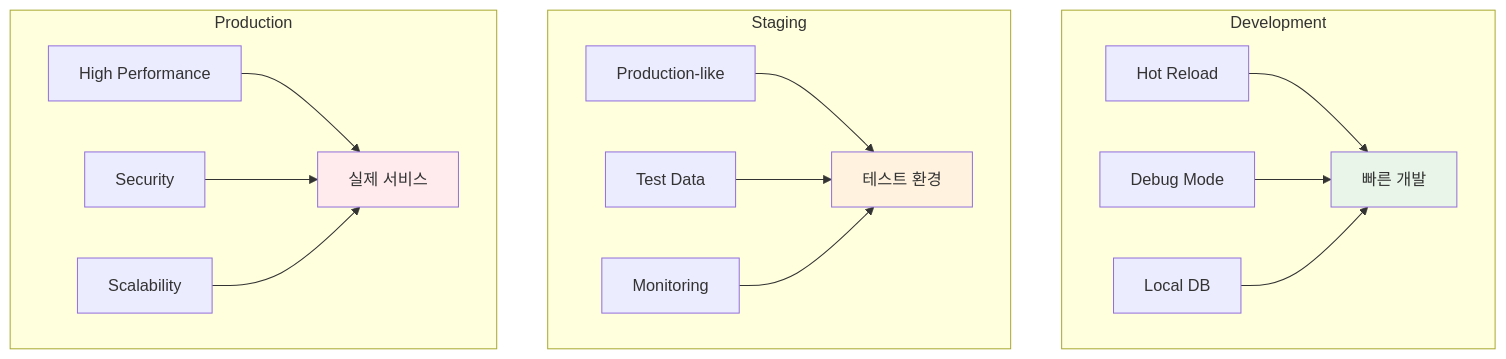
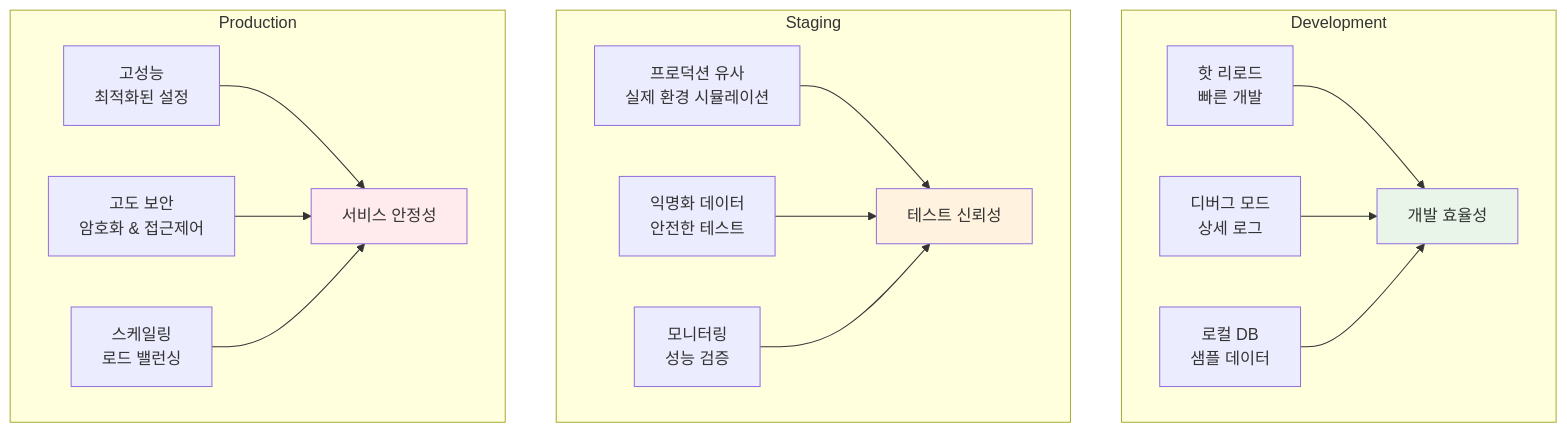
Before and after one commit to niceguy61/kdt_devops_lecture_2025: the second of 2 diagrams in theory/week_01/day4/session_3.md, drawn with Mermaid. The commit also changed other lines of this file and 2 other files, not shown here.

````diff
--- a/theory/week_01/day4/session_3.md
+++ b/theory/week_01/day4/session_3.md
@@ -48,24 +86,24 @@
 ```mermaid
 graph TB
     subgraph "Development"
-        A1[Hot Reload] --> A4[빠른 개발]
-        A2[Debug Mode] --> A4
-        A3[Local DB] --> A4
+        A1[핫 리로드<br/>빠른 개발] --> A4[개발 효율성]
+        A2[디버그 모드<br/>상세 로그] --> A4
+        A3[로컬 DB<br/>샘플 데이터] --> A4
     end
     
     subgraph "Staging"
-        B1[Production-like] --> B4[테스트 환경]
-        B2[Test Data] --> B4
-        B3[Monitoring] --> B4
+        B1[프로덕션 유사<br/>실제 환경 시뮬레이션] --> B4[테스트 신뢰성]
+        B2[익명화 데이터<br/>안전한 테스트] --> B4
+        B3[모니터링<br/>성능 검증] --> B4
     end
     
     subgraph "Production"
-        C1[High Performance] --> C4[실제 서비스]
-        C2[Security] --> C4
-        C3[Scalability] --> C4
+        C1[고성능<br/>최적화된 설정] --> C4[서비스 안정성]
+        C2[고도 보안<br/>암호화 & 접근제어] --> C4
+        C3[스케일링<br/>로드 밸런싱] --> C4
     end
     
     style A4 fill:#e8f5e8
     style B4 fill:#fff3e0
     style C4 fill:#ffebee
 ```
````
